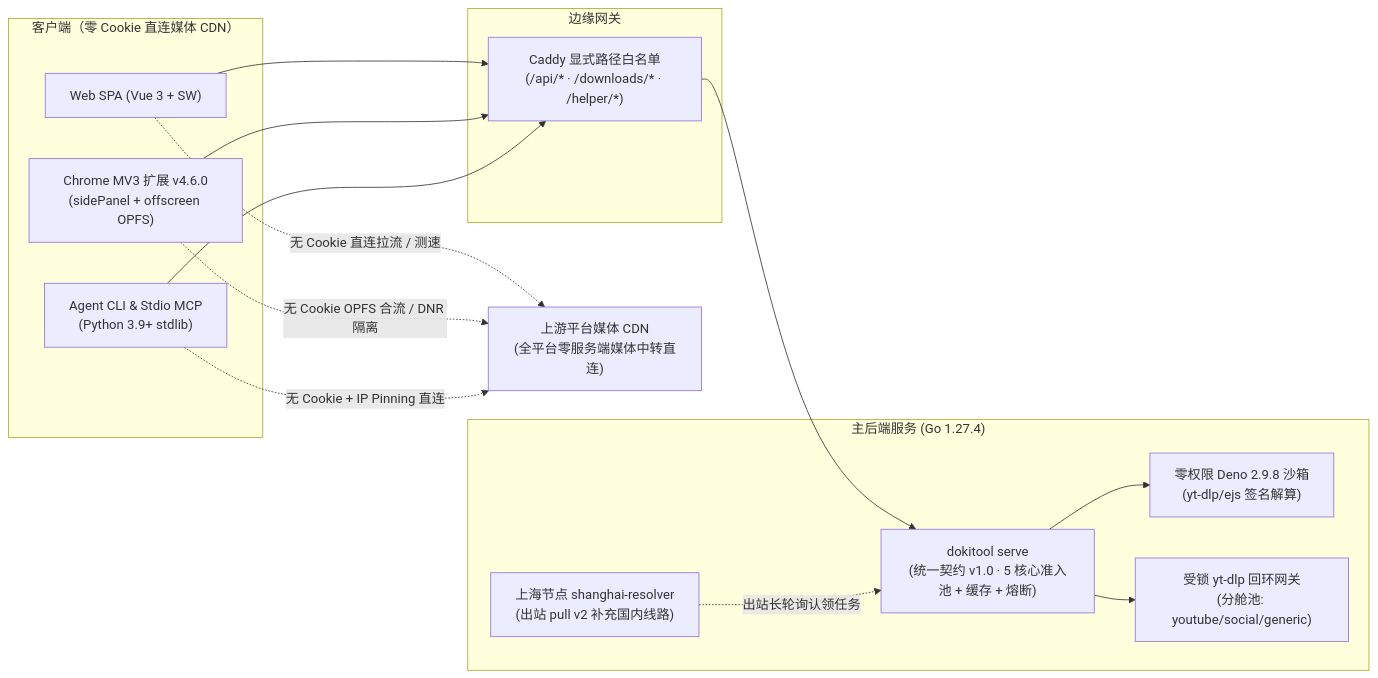
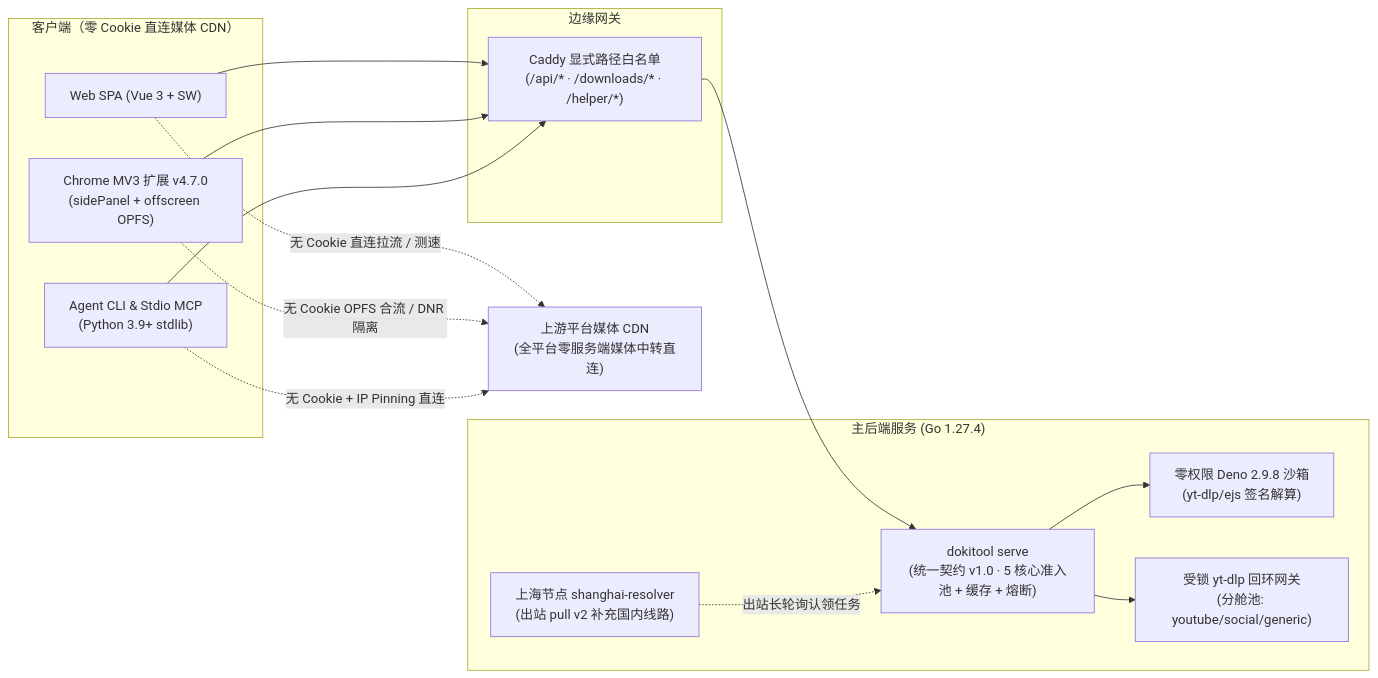
The diagram in README.md (Daiobs/DokiTool-Go), drawn with Mermaid before and after one commit. The commit also changed other lines of this file and 43 other files, not shown here.

````diff
--- a/README.md
+++ b/README.md
@@ -63,32 +64,32 @@
 ```mermaid
 flowchart LR
     subgraph Clients["客户端（零 Cookie 直连媒体 CDN）"]
         Web["Web SPA (Vue 3 + SW)"]
-        Ext["Chrome MV3 扩展 v4.6.0\n(sidePanel + offscreen OPFS)"]
+        Ext["Chrome MV3 扩展 v4.7.0\n(sidePanel + offscreen OPFS)"]
         Agent["Agent CLI & Stdio MCP\n(Python 3.9+ stdlib)"]
     end
 
     subgraph Edge["边缘网关"]
         Caddy["Caddy 显式路径白名单\n(/api/* · /downloads/* · /helper/*)"]
     end
 
     subgraph Backend["主后端服务 (Go 1.27.4)"]
         GoAPI["dokitool serve\n(统一契约 v1.0 · 5 核心准入池 + 缓存 + 熔断)"]
         Deno["零权限 Deno 2.9.8 沙箱\n(yt-dlp/ejs 签名解算)"]
         YTDLP["受锁 yt-dlp 回环网关\n(分舱池: youtube/social/generic)"]
         SH["上海节点 shanghai-resolver\n(出站 pull v2 补充国内线路)"]
     end
 
     CDN["上游平台媒体 CDN\n(全平台零服务端媒体中转直连)"]
 
     Web --> Caddy
     Ext --> Caddy
     Agent --> Caddy
     Caddy --> GoAPI
     GoAPI --> Deno
     GoAPI --> YTDLP
     SH -. "出站长轮询认领任务" .-> GoAPI
     Web -. "无 Cookie 直连拉流 / 测速" .-> CDN
     Ext -. "无 Cookie OPFS 合流 / DNR 隔离" .-> CDN
     Agent -. "无 Cookie + IP Pinning 直连" .-> CDN
 ```
````
